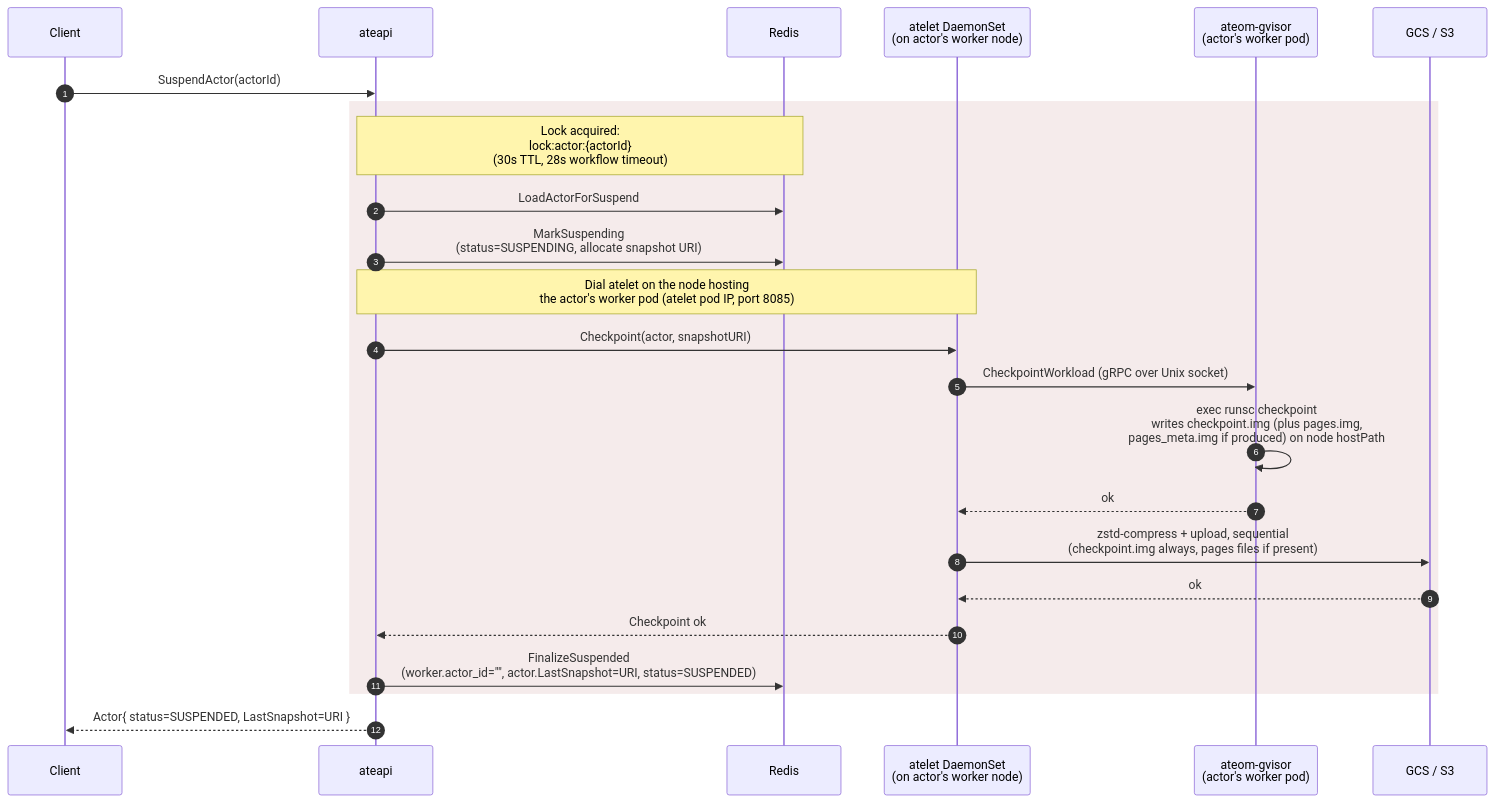
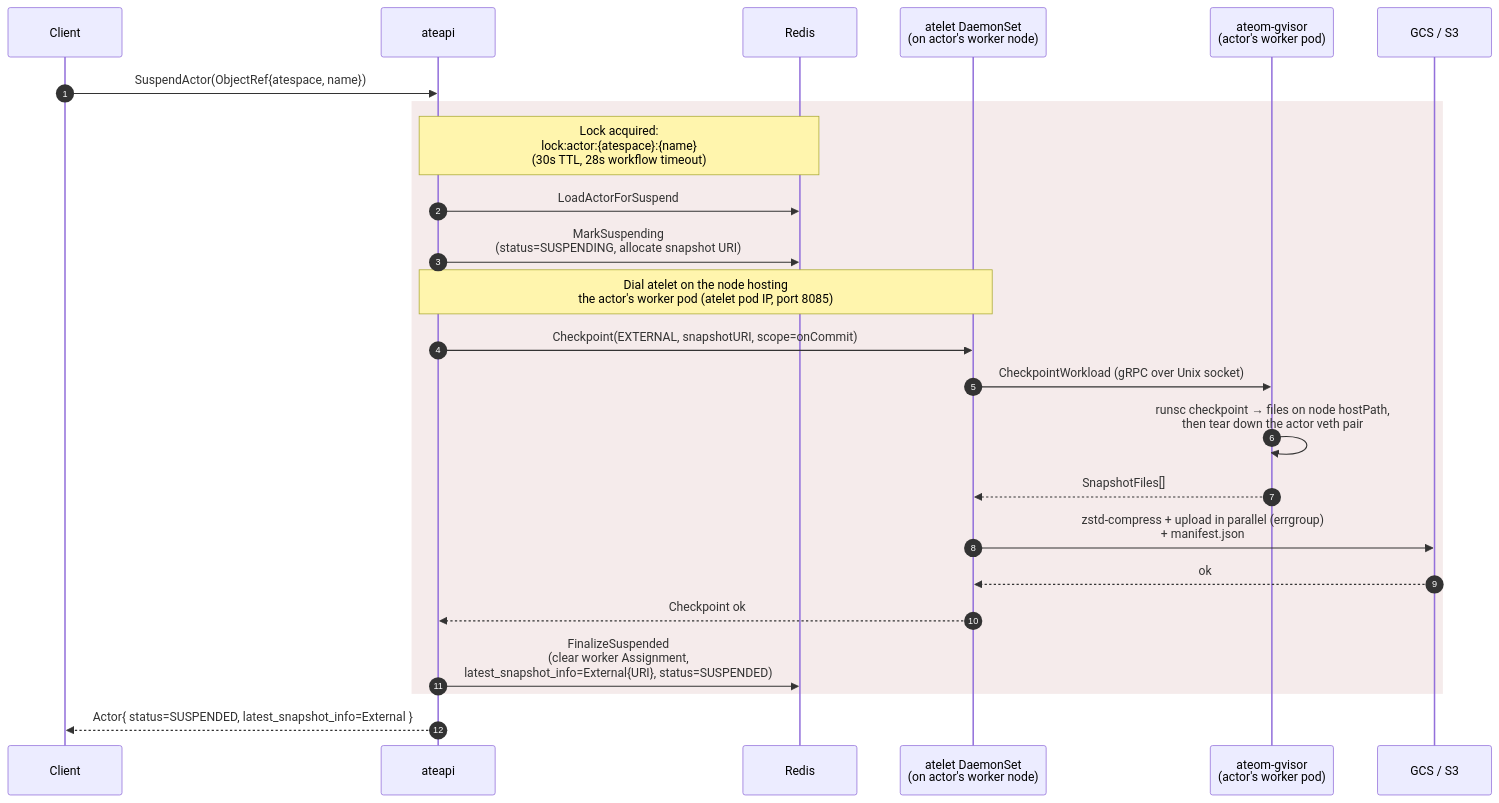
Before and after one commit to christian-posta/substrate: the diagram in atlas/src/content/docs/flows/suspend-actor.mdx, drawn with Mermaid. The commit also changed other lines of this file and 28 other files, not shown here.

````diff
--- a/atlas/src/content/docs/flows/suspend-actor.mdx
+++ b/atlas/src/content/docs/flows/suspend-actor.mdx
@@ -14,32 +27,32 @@
 ```mermaid
 sequenceDiagram
   autonumber
   participant C as Client
   participant A as ateapi
   participant R as Redis
   participant L as atelet DaemonSet<br/>(on actor's worker node)
   participant O as ateom-gvisor<br/>(actor's worker pod)
   participant G as GCS / S3
 
-  C->>A: SuspendActor(actorId)
+  C->>A: SuspendActor(ObjectRef{atespace, name})
 
   rect rgb(245,235,235)
-    Note over A,R: Lock acquired:<br/>lock:actor:{actorId}<br/>(30s TTL, 28s workflow timeout)
+    Note over A,R: Lock acquired:<br/>lock:actor:{atespace}:{name}<br/>(30s TTL, 28s workflow timeout)
 
     A->>R: LoadActorForSuspend
     A->>R: MarkSuspending<br/>(status=SUSPENDING, allocate snapshot URI)
 
     Note over A,L: Dial atelet on the node hosting<br/>the actor's worker pod (atelet pod IP, port 8085)
-    A->>L: Checkpoint(actor, snapshotURI)
+    A->>L: Checkpoint(EXTERNAL, snapshotURI, scope=onCommit)
     L->>O: CheckpointWorkload (gRPC over Unix socket)
-    O->>O: exec runsc checkpoint<br/>writes checkpoint.img (plus pages.img,<br/>pages_meta.img if produced) on node hostPath
-    O-->>L: ok
-    L->>G: zstd-compress + upload, sequential<br/>(checkpoint.img always, pages files if present)
+    O->>O: runsc checkpoint → files on node hostPath,<br/>then tear down the actor veth pair
+    O-->>L: SnapshotFiles[]
+    L->>G: zstd-compress + upload in parallel (errgroup)<br/>+ manifest.json
     G-->>L: ok
     L-->>A: Checkpoint ok
 
-    A->>R: FinalizeSuspended<br/>(worker.actor_id="", actor.LastSnapshot=URI, status=SUSPENDED)
+    A->>R: FinalizeSuspended<br/>(clear worker Assignment,<br/>latest_snapshot_info=External{URI}, status=SUSPENDED)
   end
 
-  A-->>C: Actor{ status=SUSPENDED, LastSnapshot=URI }
+  A-->>C: Actor{ status=SUSPENDED, latest_snapshot_info=External }
 ```
````
